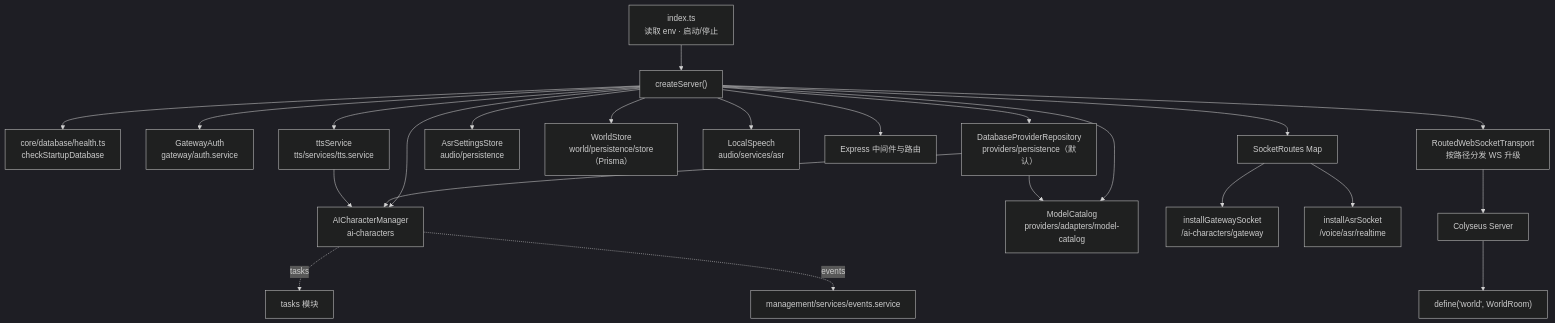
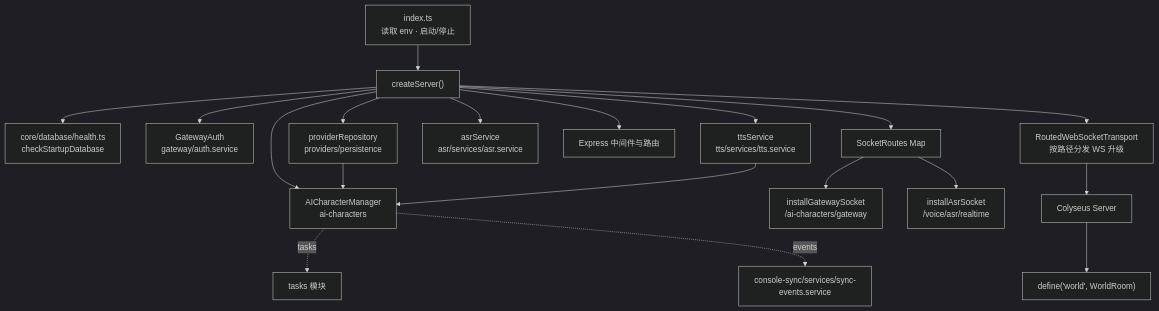
The fourth of 14 diagrams in docs/guide/architecture-diagrams.md (lulabs-org/embocraft), drawn with Mermaid (dark theme) before and after one commit. The commit also changed other lines of this file and 60 other files, not shown here.

````diff
--- a/docs/guide/architecture-diagrams.md
+++ b/docs/guide/architecture-diagrams.md
@@ -87,30 +87,26 @@
 ```mermaid
 graph TD
     Index["index.ts<br/>读取 env · 启动/停止"] --> Create["createServer()"]
 
     Create --> Startup["core/database/health.ts<br/>checkStartupDatabase"]
     Create --> GA["GatewayAuth<br/>gateway/auth.service"]
-    Create --> PS["DatabaseProviderRepository<br/>providers/persistence（默认）"]
+    Create --> PS["providerRepository<br/>providers/persistence"]
     Create --> VS["ttsService<br/>tts/services/tts.service"]
-    Create --> AS["AsrSettingsStore<br/>audio/persistence"]
+    Create --> AS["asrService<br/>asr/services/asr.service"]
 
-    Create --> WS["WorldStore<br/>world/persistence/store（Prisma）"]
     Create --> ACM["AICharacterManager<br/>ai-characters"]
-    Create --> MC["ModelCatalog<br/>providers/adapters/model-catalog"]
-    Create --> LS["LocalSpeech<br/>audio/services/asr"]
 
     Create --> App["Express 中间件与路由"]
     Create --> Sockets["SocketRoutes Map"]
     Sockets --> GWS["installGatewaySocket<br/>/ai-characters/gateway"]
     Sockets --> ASRS["installAsrSocket<br/>/voice/asr/realtime"]
 
     Create --> Transport["RoutedWebSocketTransport<br/>按路径分发 WS 升级"]
     Transport --> Colyseus["Colyseus Server"]
     Colyseus --> Room["define('world', WorldRoom)"]
 
     ACM -.->|tasks| Tasks["tasks 模块"]
-    ACM -.->|events| Events["management/services/events.service"]
+    ACM -.->|events| Events["console-sync/services/sync-events.service"]
     PS --> ACM
     VS --> ACM
-    PS --> MC
 ```
````
